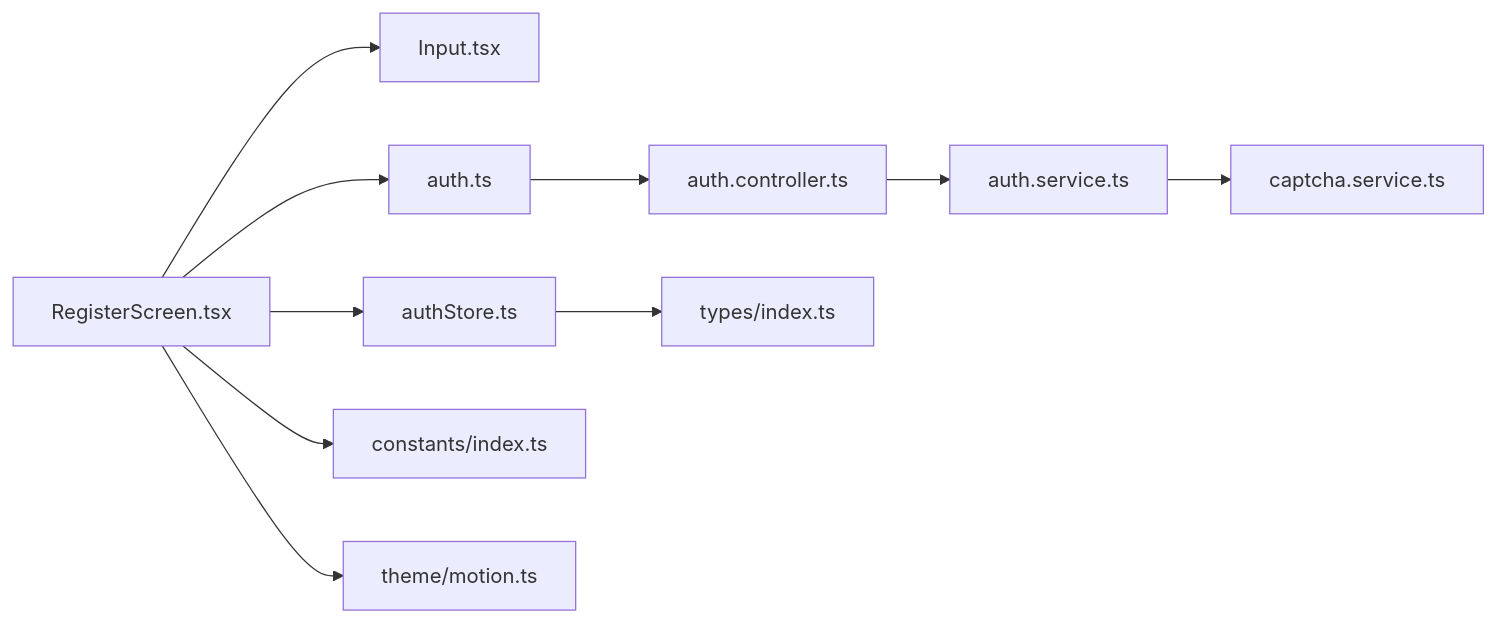
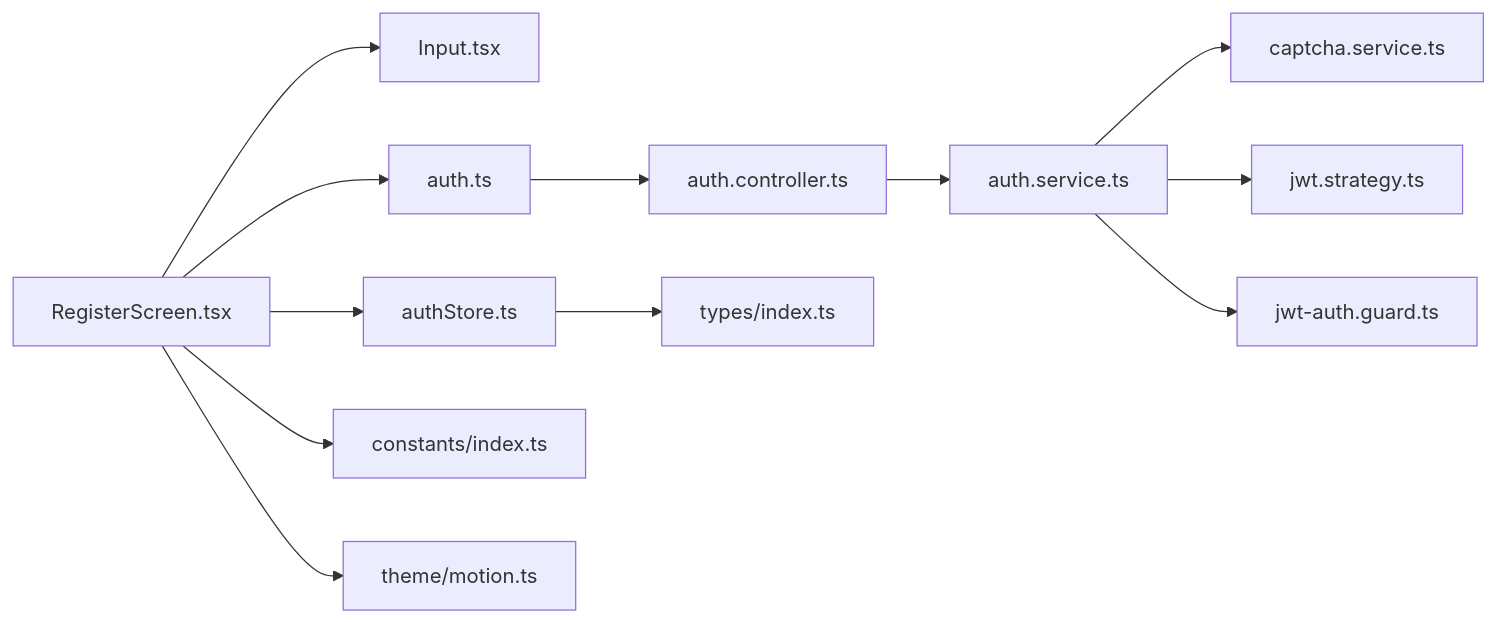
One commit to lsqwawa/free-dress changed the sixth of 6 diagrams in .qoder/repowiki/zh/content/前端开发指南/页面架构/认证页面/注册页面.md. Above: the diagram before and after it, drawn with Mermaid. The commit also changed other lines of this file and 55 other files, not shown here.

````diff
--- a/.qoder/repowiki/zh/content/前端开发指南/页面架构/认证页面/注册页面.md
+++ b/.qoder/repowiki/zh/content/前端开发指南/页面架构/认证页面/注册页面.md
@@ -295,12 +362,14 @@
 ```mermaid
 graph LR
 RS["RegisterScreen.tsx"] --> INP["Input.tsx"]
 RS --> API["auth.ts"]
 RS --> STORE["authStore.ts"]
 API --> CTRL["auth.controller.ts"]
 CTRL --> SVC["auth.service.ts"]
 SVC --> CAP["captcha.service.ts"]
+SVC --> JWT["jwt.strategy.ts"]
+SVC --> GUARD["jwt-auth.guard.ts"]
 STORE --> TYPES["types/index.ts"]
 RS --> CONST["constants/index.ts"]
 RS --> MOTION["theme/motion.ts"]
 ```
````
